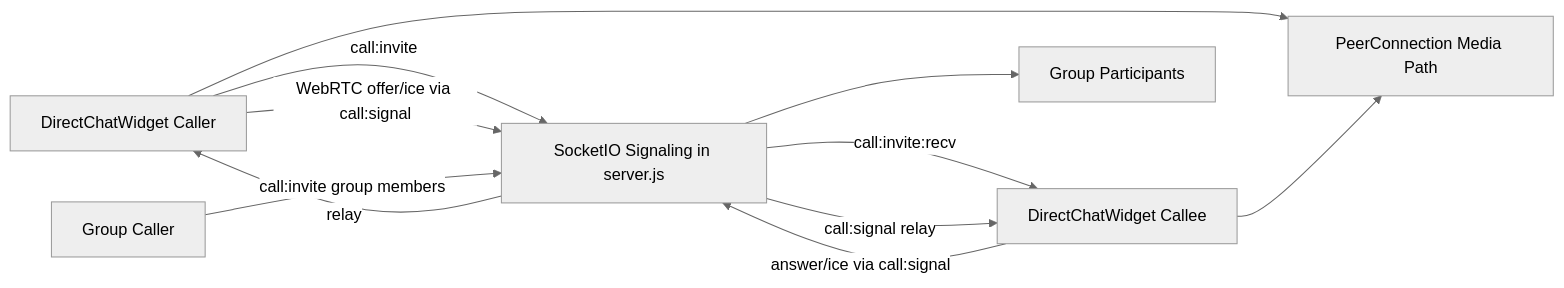
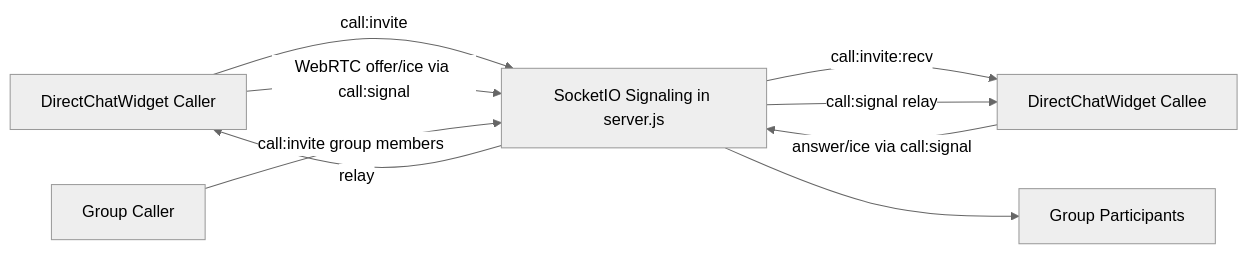
The diagram in .cursor/plans/webrtc_call_phase1_bf4778c2.plan.md (ldakvn1/Digital-Notary-Office), drawn with Mermaid (neutral theme) before and after one commit. The commit also changed other lines of this file and 13 other files, not shown here.

````diff
--- a/.cursor/plans/webrtc_call_phase1_bf4778c2.plan.md
+++ b/.cursor/plans/webrtc_call_phase1_bf4778c2.plan.md
@@ -31,13 +47,11 @@
 ```mermaid
 flowchart LR
   caller[DirectChatWidget Caller] -->|call:invite| signaling[SocketIO Signaling in server.js]
   signaling -->|call:invite:recv| callee[DirectChatWidget Callee]
   caller -->|WebRTC offer/ice via call:signal| signaling
   signaling -->|call:signal relay| callee
   callee -->|answer/ice via call:signal| signaling
   signaling -->|relay| caller
-  caller --> media[PeerConnection Media Path]
-  callee --> media
   groupCaller[Group Caller] -->|call:invite group members| signaling
   signaling --> groupPeers[Group Participants]
 ```
````
